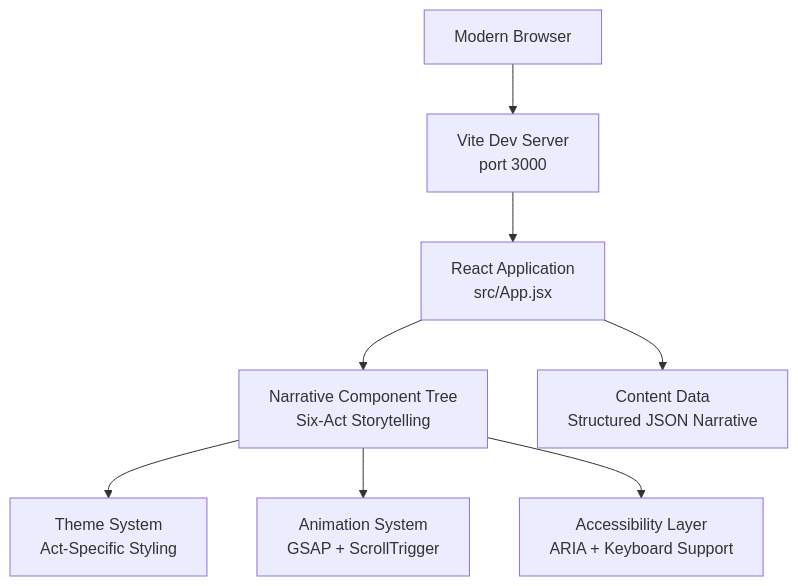
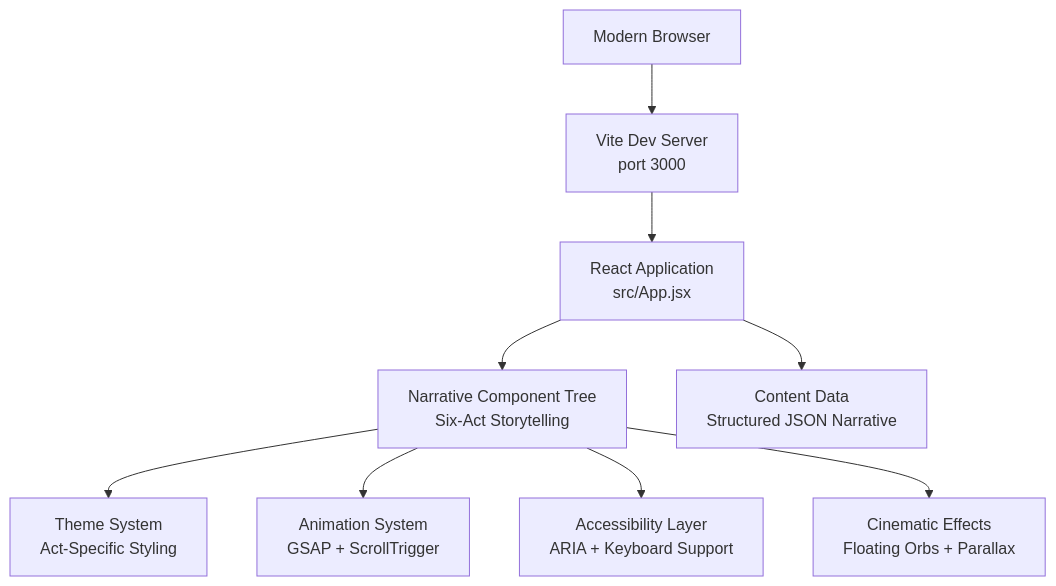
One commit to rakeshmaity271/frankie-picasso changed the second of 2 diagrams in .qoder/repowiki/en/content/Project Overview.md. Above: the diagram before and after it, drawn with Mermaid. The commit also changed other lines of this file and 27 other files, not shown here.

````diff
--- a/.qoder/repowiki/en/content/Project Overview.md
+++ b/.qoder/repowiki/en/content/Project Overview.md
@@ -198,18 +213,20 @@
 ```mermaid
 graph TB
 Browser["Modern Browser"]
 ViteDev["Vite Dev Server<br/>port 3000"]
 ReactApp["React Application<br/>src/App.jsx"]
 NarrativeTree["Narrative Component Tree<br/>Six-Act Storytelling"]
 ThemeSystem["Theme System<br/>Act-Specific Styling"]
 ContentData["Content Data<br/>Structured JSON Narrative"]
 AnimationSystem["Animation System<br/>GSAP + ScrollTrigger"]
 Accessibility["Accessibility Layer<br/>ARIA + Keyboard Support"]
+CinematicEffects["Cinematic Effects<br/>Floating Orbs + Parallax"]
 Browser --> ViteDev
 ViteDev --> ReactApp
 ReactApp --> NarrativeTree
 NarrativeTree --> ThemeSystem
 ReactApp --> ContentData
 NarrativeTree --> AnimationSystem
 NarrativeTree --> Accessibility
+NarrativeTree --> CinematicEffects
 ```
````
